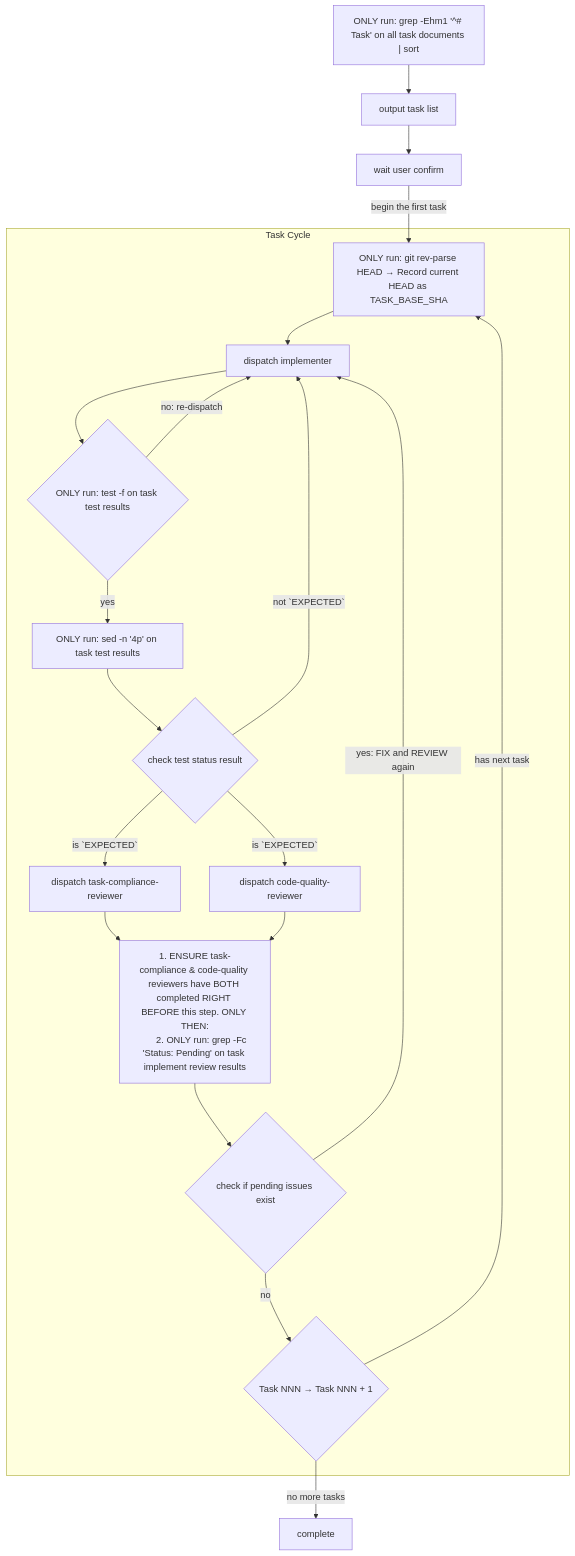
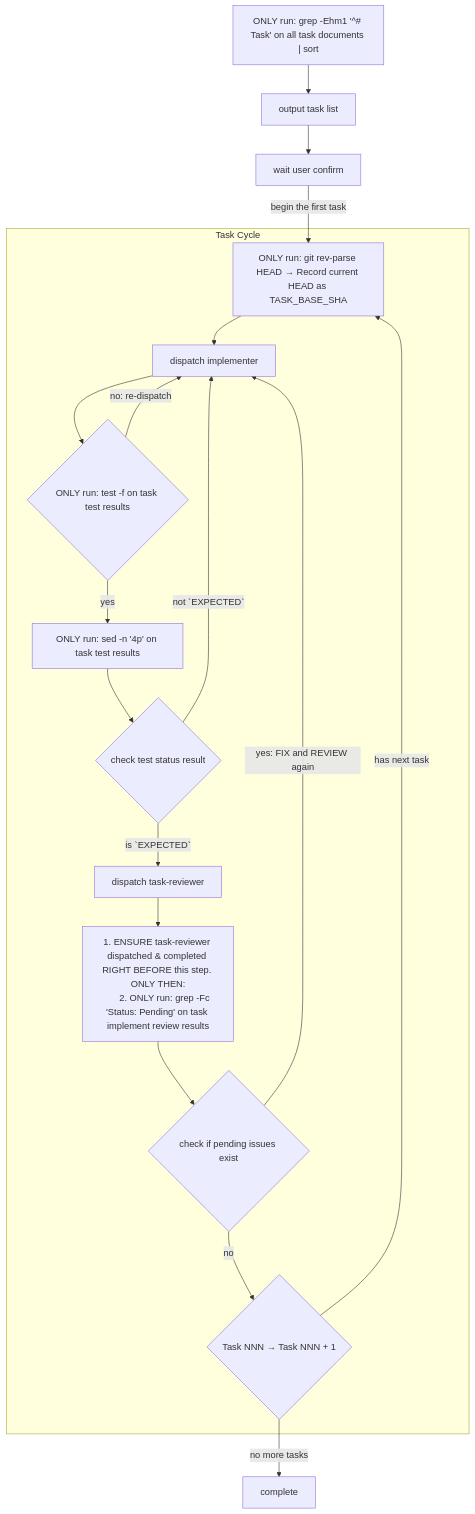
The diagram in skills/executing/SKILL.md (abadcafe/superteam), drawn with Mermaid before and after one commit. The commit also changed other lines of this file and 6 other files, not shown here.

Commit message:
docs: merge task-compliance-reviewer and code-quality-reviewer into task-reviewer

````diff
--- a/skills/executing/SKILL.md
+++ b/skills/executing/SKILL.md
@@ -97,43 +87,40 @@
 ```mermaid
 flowchart TD
   get_task_list["ONLY run: grep -Ehm1 '^# Task' on all task documents | sort"]
   output_task_list["output task list"]
   wait_user_confirm["wait user confirm"]
   complete["complete"]
 
   subgraph task_cycle["Task Cycle"]
     record_task_base_sha["ONLY run: git rev-parse HEAD → Record current HEAD as TASK_BASE_SHA"]
     dispatch_implementer["dispatch implementer"]
     check_implementer_completed{"ONLY run: test -f on task test results"}
     get_test_status["ONLY run: sed -n '4p' on task test results"]
     check_test_status{"check test status result"}
-    dispatch_task_compliance_reviewer["dispatch task-compliance-reviewer"]
-    dispatch_code_quality_reviewer["dispatch code-quality-reviewer"]
+    dispatch_task_reviewer["dispatch task-reviewer"]
     count_pending_issues["
-      1. ENSURE task-compliance & code-quality reviewers have BOTH completed RIGHT BEFORE this step. ONLY THEN:
+      1. ENSURE task-reviewer dispatched & completed RIGHT BEFORE this step. ONLY THEN:
       2. ONLY run: grep -Fc 'Status: Pending' on task implement review results
     "]
     check_pending_issues_exist{"check if pending issues exist"}
     next_task{"Task NNN → Task NNN + 1"}
 
     record_task_base_sha --> dispatch_implementer
     dispatch_implementer --> check_implementer_completed
     check_implementer_completed -->|"no: re-dispatch"| dispatch_implementer
     check_implementer_completed -->|"yes"| get_test_status
     get_test_status --> check_test_status
     check_test_status -->|"not `EXPECTED`"| dispatch_implementer
-    check_test_status -->|"is `EXPECTED`"| dispatch_task_compliance_reviewer
-    check_test_status -->|"is `EXPECTED`"| dispatch_code_quality_reviewer
-    dispatch_task_compliance_reviewer --> count_pending_issues
-    dispatch_code_quality_reviewer --> count_pending_issues
+    check_test_status -->|"is `EXPECTED`"| dispatch_task_reviewer
+    dispatch_task_reviewer --> count_pending_issues
     count_pending_issues --> check_pending_issues_exist
     check_pending_issues_exist -->|"yes: FIX and REVIEW again"| dispatch_implementer
     check_pending_issues_exist -->|"no"| next_task
     next_task -->|"has next task"| record_task_base_sha
   end
 
   get_task_list --> output_task_list
   output_task_list --> wait_user_confirm
   wait_user_confirm -->|"begin the first task"| record_task_base_sha
   next_task -->|"no more tasks"| complete
 ```
````
